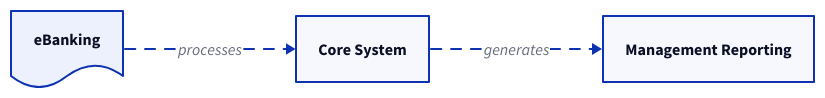
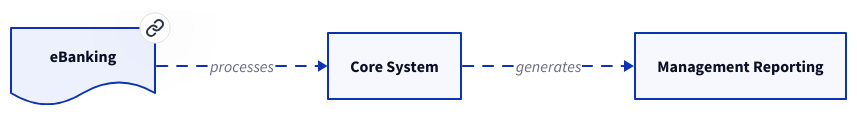
One commit to archinomicon/archirepo changed the diagram in src/content/docs/artifacts/Finance.md. Above: the diagram before and after it, drawn with D2. The commit also changed 1 other file, not shown here.

````diff
--- a/src/content/docs/artifacts/Finance.md
+++ b/src/content/docs/artifacts/Finance.md
@@ -7,7 +7,7 @@
 ```d2 sketch
 # A simple flowchart
 direction: right
-eBanking {shape: document}
+eBanking {shape: document; link: https://google.com}
 eBanking -> Core System: processes {style.animated: true}
 Core System -> Management Reporting: generates {style.animated: true}
 ```
````
